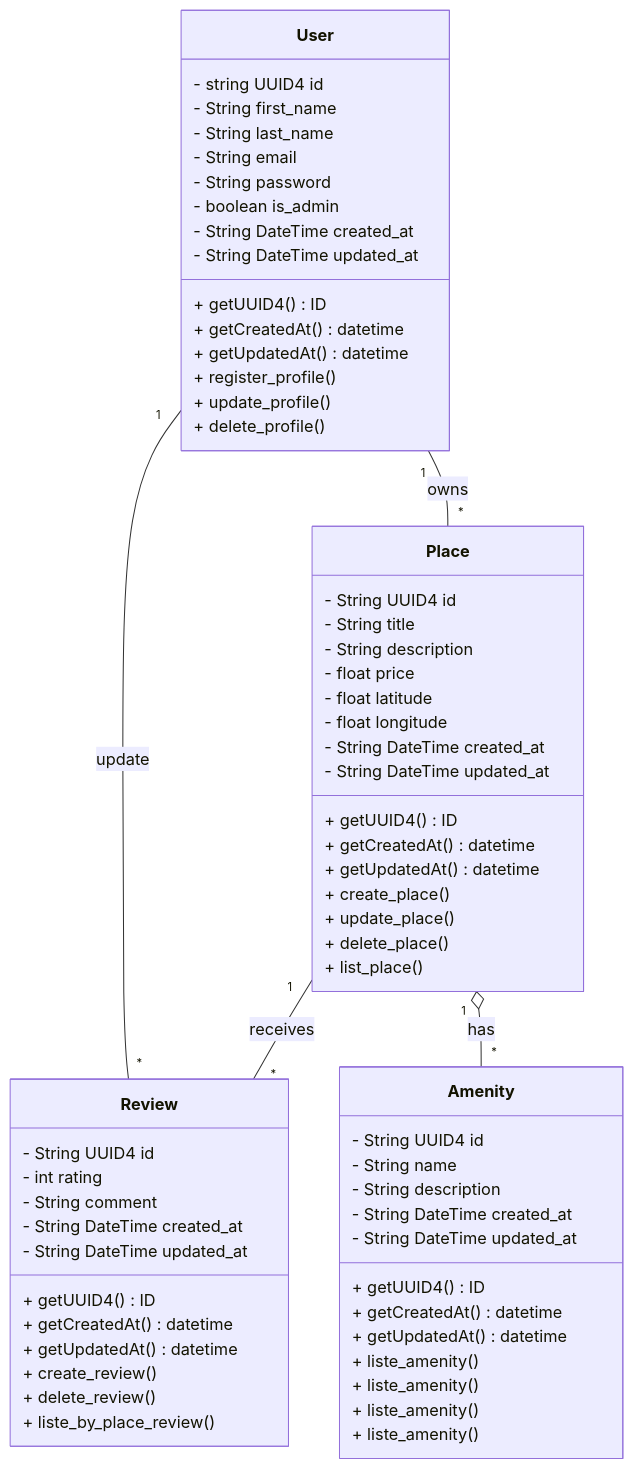
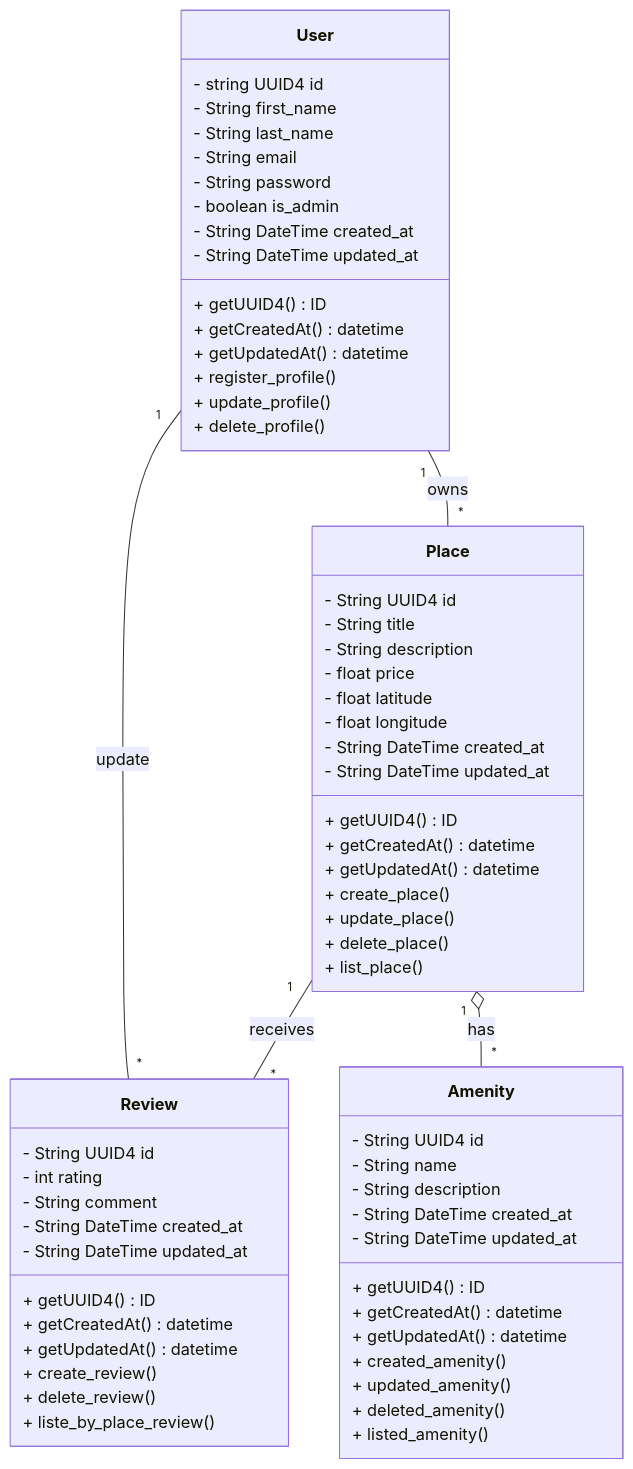
The third of 7 diagrams in Part1_UML/README.md (SDINAHET/HBnB), drawn with Mermaid before and after one commit.

Commit message:
update class diagram

````diff
--- a/Part1_UML/README.md
+++ b/Part1_UML/README.md
@@ -66,71 +66,71 @@
 ```mermaid
 classDiagram
     class User {
         - string UUID4 id
         - String first_name
         - String last_name
         - String email
         - String password
         - boolean is_admin
         - String DateTime created_at
         - String DateTime updated_at
         + getUUID4() ID
         + getCreatedAt() datetime
         + getUpdatedAt() datetime
         + register_profile()
         + update_profile()
         + delete_profile()
     }
 
     class Place {
         - String UUID4 id
         - String title
         - String description
         - float price
         - float latitude
         - float longitude
         - String DateTime created_at
         - String DateTime updated_at
         + getUUID4() ID
         + getCreatedAt() datetime
         + getUpdatedAt() datetime
         + create_place()
         + update_place()
         + delete_place()
 		+ list_place()
     }
 
     class Review {
         - String UUID4 id
         - int rating
         - String comment
         - String DateTime created_at
         - String DateTime updated_at
         + getUUID4() ID
         + getCreatedAt() datetime
         + getUpdatedAt() datetime
         + create_review()
         + delete_review()
         + liste_by_place_review()
     }
 
     class Amenity {
         - String UUID4 id
         - String name
         - String description
         - String DateTime created_at
         - String DateTime updated_at
         + getUUID4() ID
         + getCreatedAt() datetime
         + getUpdatedAt() datetime
-        + liste_amenity()
-        + liste_amenity()
-        + liste_amenity()
-        + liste_amenity()
+        + created_amenity()
+        + updated_amenity()
+        + deleted_amenity()
+        + listed_amenity()
     }
 
     User "1" -- "*" Place : owns
     User "1" -- "*" Review : update
     Place "1" -- "*" Review : receives
     Place "1" o-- "*" Amenity : has
 ```
````
